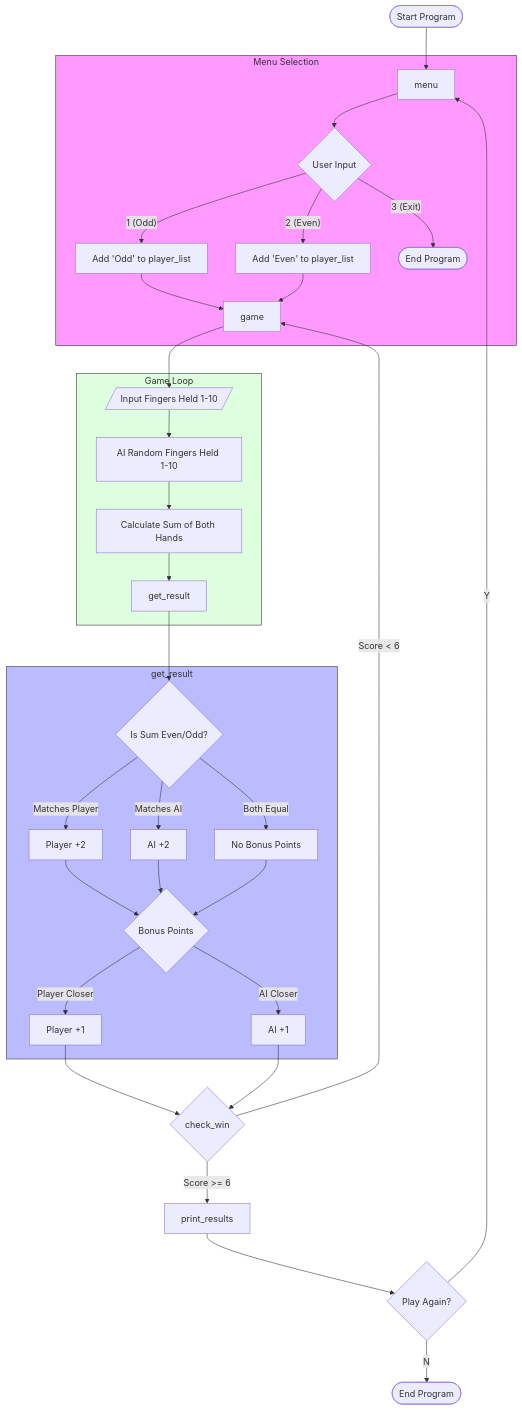
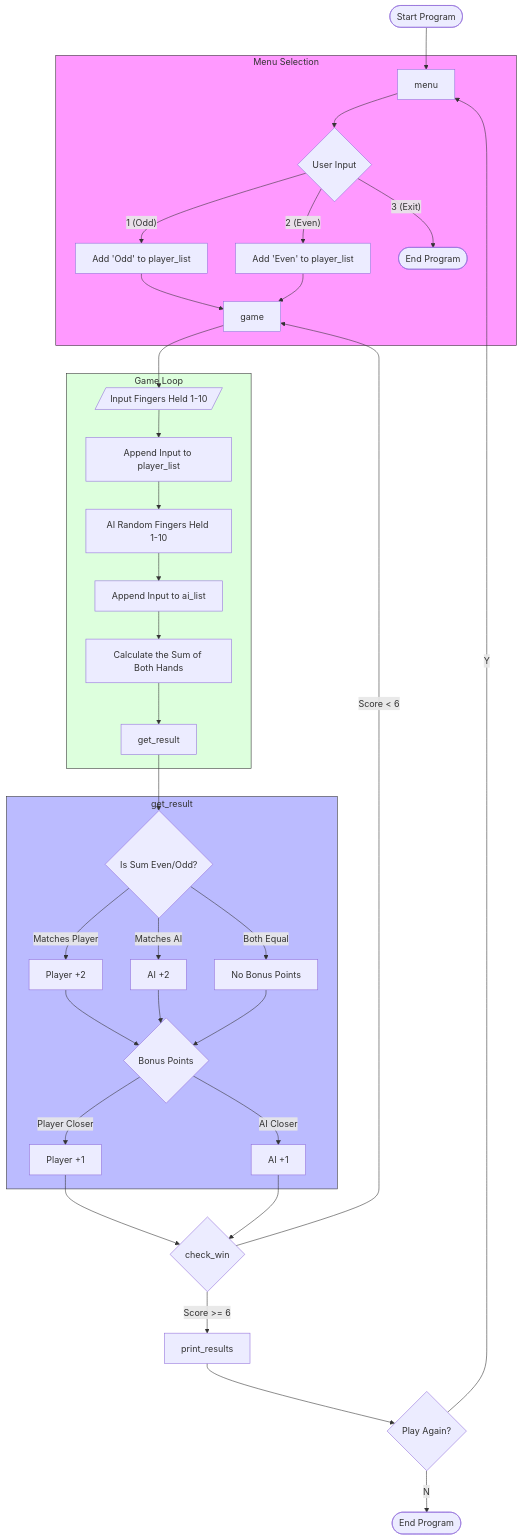
Before and after one commit to a-Digi-a/Obsidian: the diagram in Odds and Evens.md, drawn with Mermaid. The commit also changed 1 other file, not shown here.

Commit message:
vault backup: 2026-03-12 17:16:35

````diff
--- a/Odds and Evens.md
+++ b/Odds and Evens.md
@@ -171,48 +171,50 @@
 ```mermaid
 graph TD
     Start([Start Program]) --> Menu[menu]
     
     subgraph Menu_Function [Menu Selection]
     Menu --> InputMenu{User Input}
     InputMenu -- "1 (Odd)" --> SetOdd[Add 'Odd' to player_list]
     InputMenu -- "2 (Even)" --> SetEven[Add 'Even' to player_list]
     InputMenu -- "3 (Exit)" --> End([End Program])
     SetOdd --> Game[game]
     SetEven --> Game
     end
 
     subgraph Game_Logic [Game Loop]
     Game --> FingerInput[/Input Fingers Held 1-10/]
-    FingerInput --> AI_Roll[AI Random Fingers Held 1-10]
-    AI_Roll --> Sum[Calculate Sum of Both Hands]
+    FingerInput --> FingerAppend[Append Input to player_list]
+	FingerAppend --> AI_Roll[AI Random Fingers Held 1-10]
+    AI_Roll --> AIAppend[Append Input to ai_list]
+	AIAppend --> Sum[Calculate the Sum of Both Hands]
     Sum --> Result[get_result]
     end
 
     subgraph Scoring [get_result]
     Result --> Check{Is Sum Even/Odd?}
     Check -- Matches Player --> PlayerPoints[Player +2]
     Check -- Matches AI --> AIPoints[AI +2]
     Check -- Both Equal --> BothEqual[No Bonus Points]
     
     PlayerPoints --> bonus{Bonus Points}
     AIPoints --> bonus
     BothEqual --> bonus
     
     bonus -- Player Closer --> PBonus[Player +1]
     bonus -- AI Closer --> ABonus[AI +1]
     end
 
     PBonus --> CheckWin{check_win}
     ABonus --> CheckWin
 
     CheckWin -- Score < 6 --> Game
     CheckWin -- Score >= 6 --> Results[print_results]
     
     Results --> Replay{Play Again?}
     Replay -- "Y" --> Menu
     Replay -- "N" --> FinalEnd([End Program])
 
     style Menu_Function fill:#f9f,stroke:#333
     style Scoring fill:#bbf,stroke:#333
     style Game_Logic fill:#dfd,stroke:#333
 ```
````
